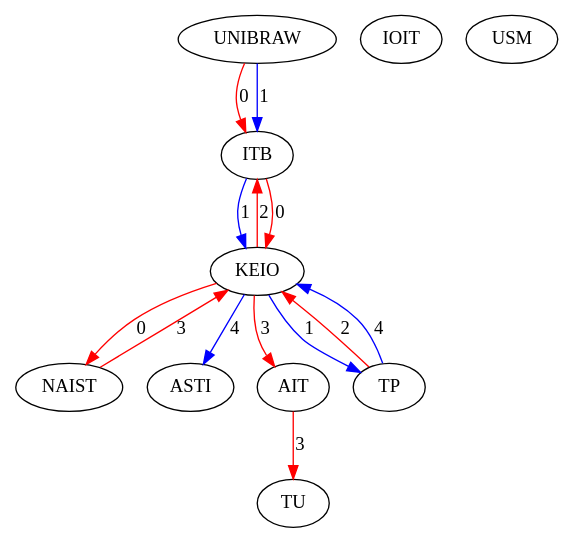
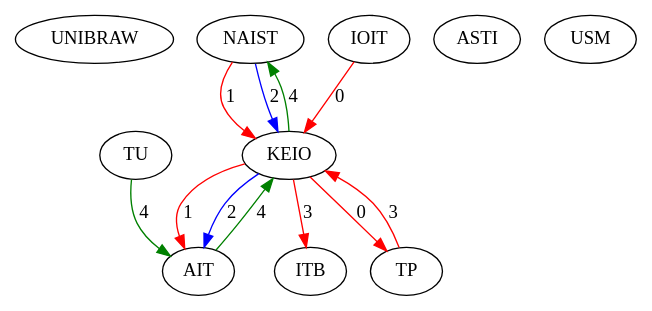
Before and after one commit to Hebbe1234/ExpectAll: the diagram in src/assignedGraphs/assigned.dot, drawn with Graphviz. The commit also changed 4 other files, not shown here.

```diff
--- a/src/assignedGraphs/assigned.dot
+++ b/src/assignedGraphs/assigned.dot
@@ -1,25 +1,23 @@
 digraph  {
 0 [Internal=1, label=UNIBRAW];
 1 [Internal=1, label=NAIST];
 2 [Internal=1, label=KEIO];
 3 [Internal=1, label=IOIT];
 4 [Internal=1, label=ASTI];
 5 [Internal=1, label=TU];
 6 [Internal=1, label=AIT];
 7 [Internal=1, label=ITB];
 8 [Internal=1, label=TP];
 9 [Internal=1, label=USM];
-0 -> 7  [color=red, key=0, label=0];
-0 -> 7  [color=blue, key=1, label=1];
-1 -> 2  [color=red, key=0, label=3];
-2 -> 1  [color=red, key=0, label=0];
-2 -> 8  [color=blue, key=0, label=1];
-2 -> 7  [color=red, key=0, label=2];
-2 -> 6  [color=red, key=0, label=3];
-2 -> 4  [color=blue, key=0, label=4];
-6 -> 5  [color=red, key=0, label=3];
-7 -> 2  [color=red, key=0, label=0];
-7 -> 2  [color=blue, key=1, label=1];
-8 -> 2  [color=red, key=0, label=2];
-8 -> 2  [color=blue, key=1, label=4];
+1 -> 2  [color=red, key=0, label=1];
+1 -> 2  [color=blue, key=1, label=2];
+2 -> 8  [color=red, key=0, label=0];
+2 -> 6  [color=red, key=0, label=1];
+2 -> 6  [color=blue, key=1, label=2];
+2 -> 7  [color=red, key=0, label=3];
+2 -> 1  [color=green, key=0, label=4];
+3 -> 2  [color=red, key=0, label=0];
+5 -> 6  [color=green, key=0, label=4];
+6 -> 2  [color=green, key=0, label=4];
+8 -> 2  [color=red, key=0, label=3];
 }
```
